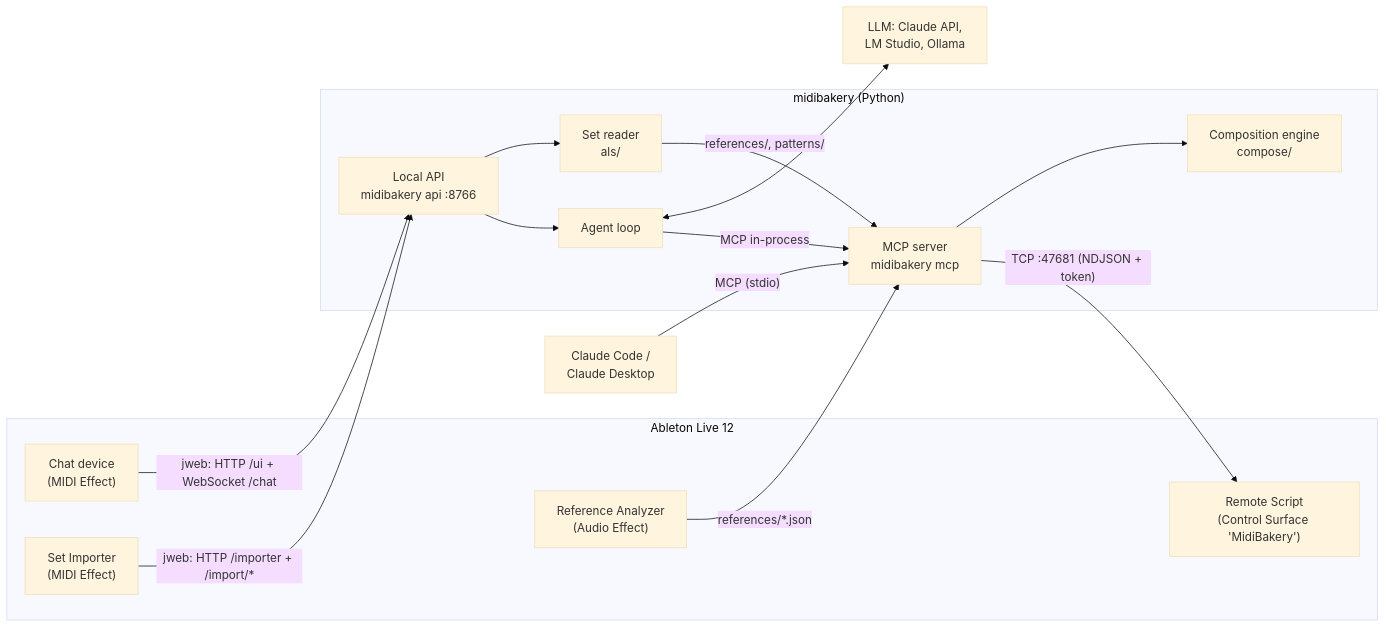
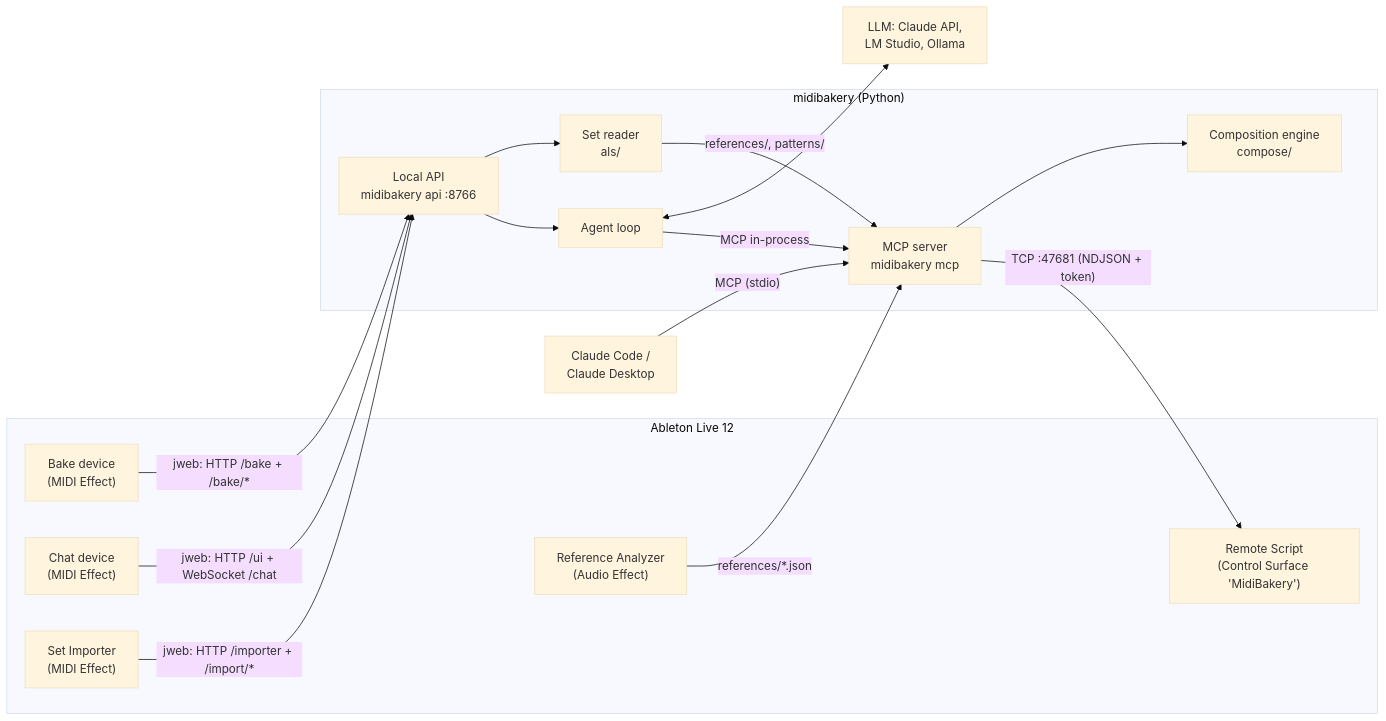
One commit to markus-fischbacher/MidiBakery changed the diagram in docs/ARCHITECTURE.md. Above: the diagram before and after it, drawn with Mermaid (base theme). The commit also changed other lines of this file and 13 other files, not shown here.

First line of the commit message:
Bake device: a whole song with one click, no model (Bake, Again, Back) (#98)

````diff
--- a/docs/ARCHITECTURE.md
+++ b/docs/ARCHITECTURE.md
@@ -11,30 +12,32 @@
 ```mermaid
 flowchart LR
   subgraph Live["Ableton Live 12"]
     RS["Remote Script<br/>(Control Surface 'MidiBakery')"]
+    BAKE["Bake device<br/>(MIDI Effect)"]
     CHAT["Chat device<br/>(MIDI Effect)"]
     IMP["Set Importer<br/>(MIDI Effect)"]
     REF["Reference Analyzer<br/>(Audio Effect)"]
   end
   subgraph Core["midibakery (Python)"]
     MCP["MCP server<br/>midibakery mcp"]
     API["Local API<br/>midibakery api :8766"]
     AGENT["Agent loop"]
     ENGINE["Composition engine<br/>compose/"]
     ALS["Set reader<br/>als/"]
   end
   CC["Claude Code /<br/>Claude Desktop"]
   LLM["LLM: Claude API,<br/>LM Studio, Ollama"]
 
   CC -- "MCP (stdio)" --> MCP
   MCP -- "TCP :47681 (NDJSON + token)" --> RS
   CHAT -- "jweb: HTTP /ui + WebSocket /chat" --> API
   IMP -- "jweb: HTTP /importer + /import/*" --> API
+  BAKE -- "jweb: HTTP /bake + /bake/*" --> API
   API --> AGENT
   AGENT -- "MCP in-process" --> MCP
   AGENT <--> LLM
   API --> ALS
   ALS -- "references/, patterns/" --> MCP
   REF -- "references/*.json" --> MCP
   MCP --> ENGINE
 ```
````
